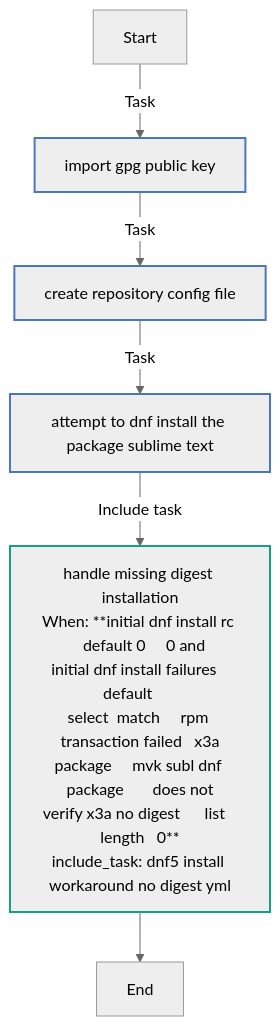
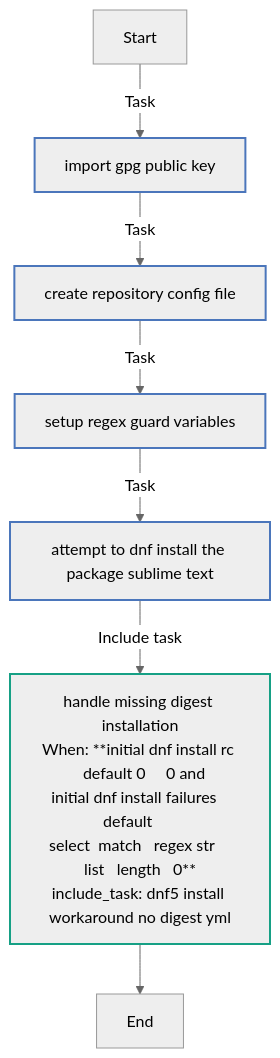
The second of 7 diagrams in README.md (mvk/ansible-role-subl), drawn with Mermaid (neutral theme) before and after one commit. The commit also changed other lines of this file, not shown here.

````diff
--- a/README.md
+++ b/README.md
@@ -139,18 +139,19 @@
 ```mermaid
 flowchart TD
 Start
 classDef block stroke:#3498db,stroke-width:2px;
 classDef task stroke:#4b76bb,stroke-width:2px;
 classDef includeTasks stroke:#16a085,stroke-width:2px;
 classDef importTasks stroke:#34495e,stroke-width:2px;
 classDef includeRole stroke:#2980b9,stroke-width:2px;
 classDef importRole stroke:#699ba7,stroke-width:2px;
 classDef includeVars stroke:#8e44ad,stroke-width:2px;
 classDef rescue stroke:#665352,stroke-width:2px;
 
   Start-->|Task| Import_gpg_public_key0[import gpg public key]:::task
   Import_gpg_public_key0-->|Task| Create_repository_config_file1[create repository config file]:::task
-  Create_repository_config_file1-->|Task| Attempt_to_dnf_install_the_package_sublime_text2[attempt to dnf install the package sublime text]:::task
-  Attempt_to_dnf_install_the_package_sublime_text2-->|Include task| Handle_missing_digest_installation_dnf5_install_workaround_no_digest_yml_3[handle missing digest installation<br>When: **initial dnf install rc   default 0     0 and<br>initial dnf install failures   default      <br>select  match     rpm transaction failed   x3a<br>package     mvk subl dnf package       does not<br>verify x3a no digest      list   length   0**<br>include_task: dnf5 install workaround no digest yml]:::includeTasks
-  Handle_missing_digest_installation_dnf5_install_workaround_no_digest_yml_3-->End
+  Create_repository_config_file1-->|Task| Setup_regex_guard_variables2[setup regex guard variables]:::task
+  Setup_regex_guard_variables2-->|Task| Attempt_to_dnf_install_the_package_sublime_text3[attempt to dnf install the package sublime text]:::task
+  Attempt_to_dnf_install_the_package_sublime_text3-->|Include task| Handle_missing_digest_installation_dnf5_install_workaround_no_digest_yml_4[handle missing digest installation<br>When: **initial dnf install rc   default 0     0 and<br>initial dnf install failures   default      <br>select  match   regex str    list   length   0**<br>include_task: dnf5 install workaround no digest yml]:::includeTasks
+  Handle_missing_digest_installation_dnf5_install_workaround_no_digest_yml_4-->End
 ```
````
